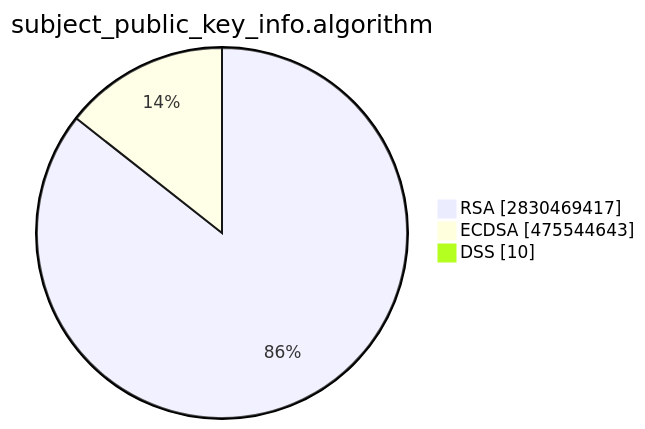
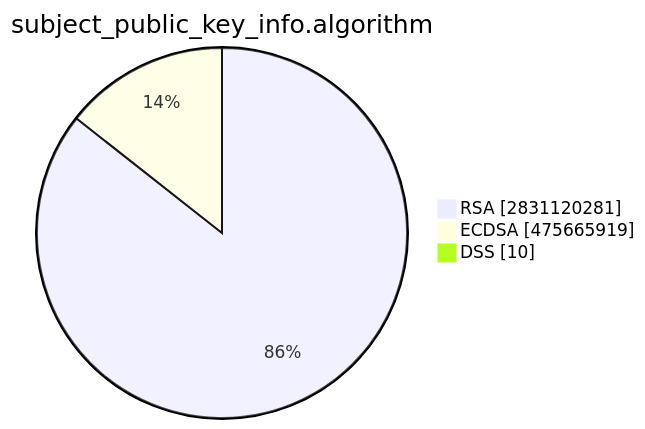
Before and after one commit to christiankrug/ctmonitor_visualization: the second of 15 diagrams in TOTAL/README.md, drawn with Mermaid. The commit also changed other lines of this file, not shown here.

````diff
--- a/TOTAL/README.md
+++ b/TOTAL/README.md
@@ -6,7 +6,7 @@
 ```mermaid
 pie showData
 title subject_public_key_info.algorithm
-"RSA" :2830469417
-"ECDSA" :475544643
+"RSA" :2831120281
+"ECDSA" :475665919
 "DSS" :10
 ```
````
